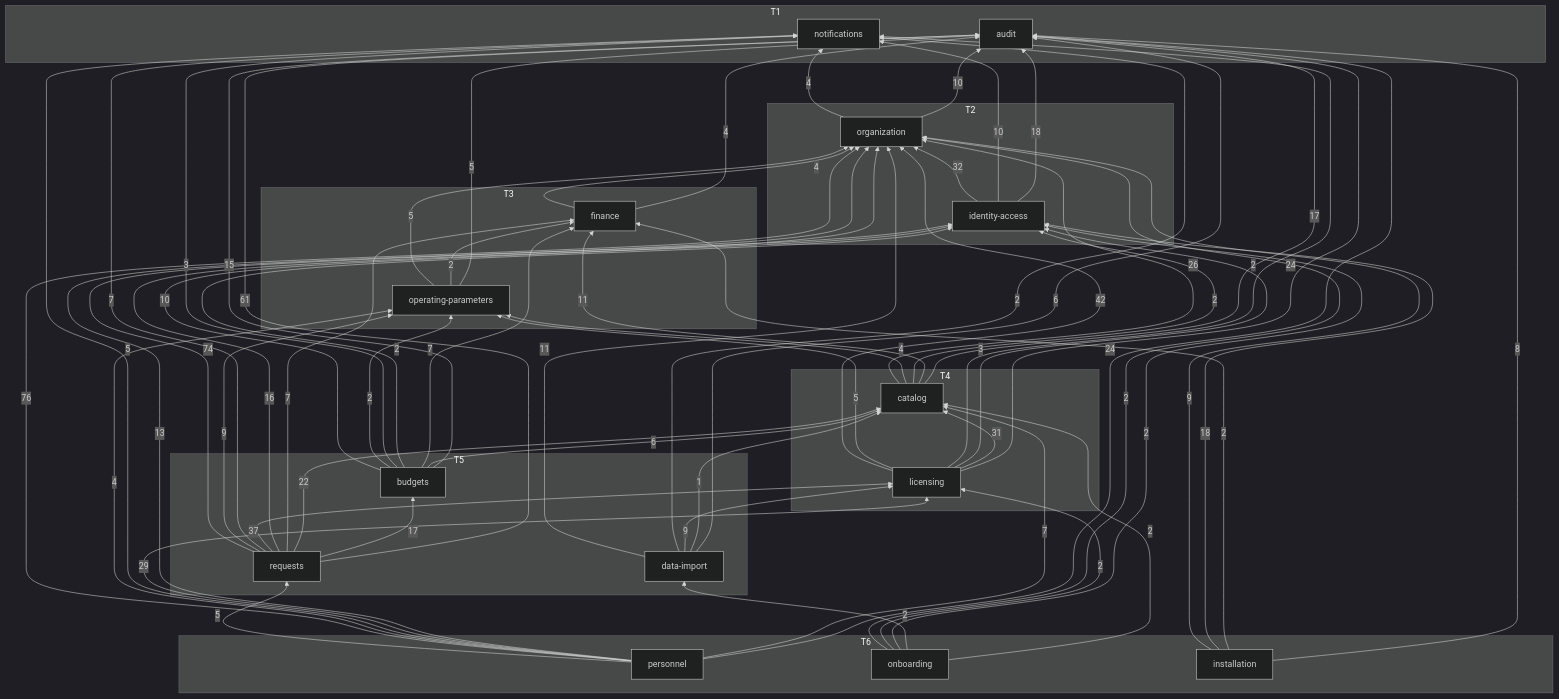
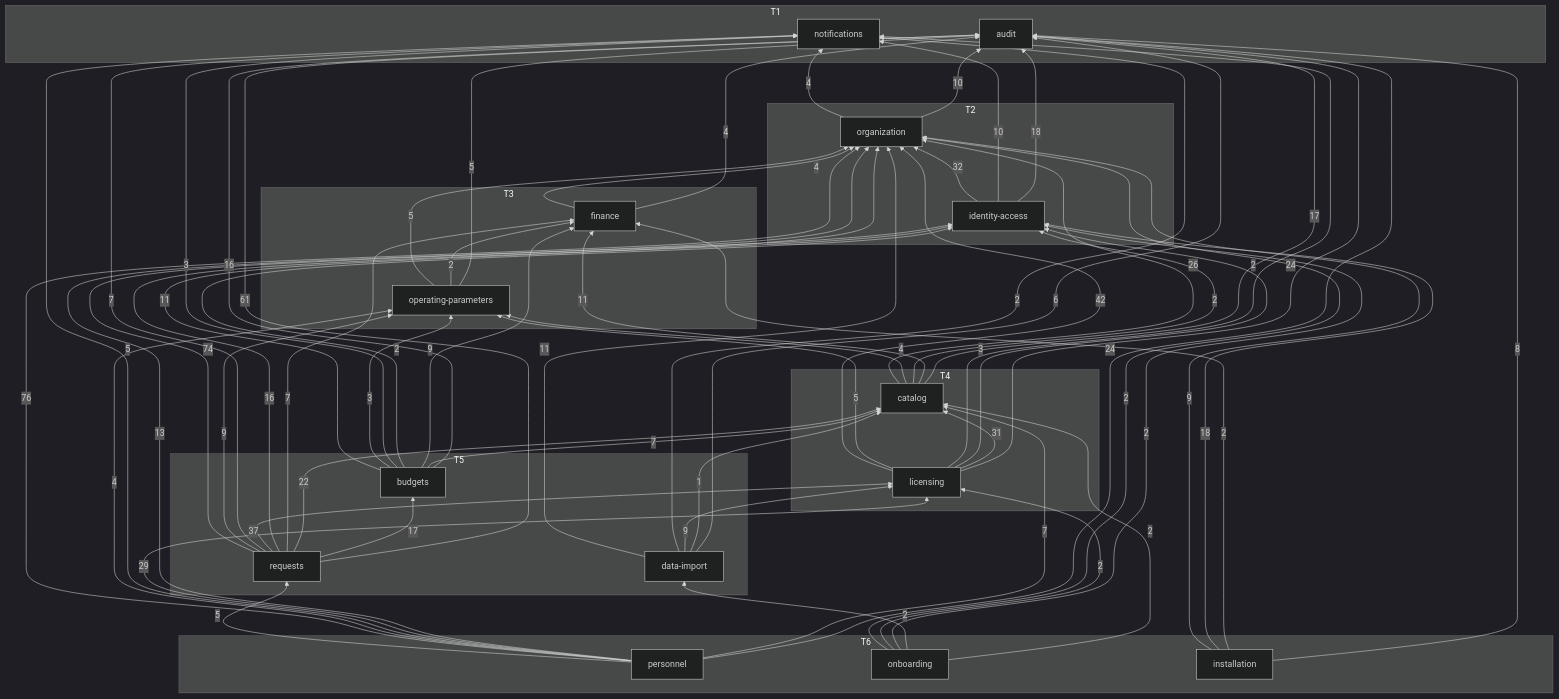
The diagram in docs/generated/module-graph.md (WDP301-FA26-GR8/BE), drawn with Mermaid (dark theme) before and after one commit. The commit also changed 33 other files, not shown here.

```diff
--- a/docs/generated/module-graph.md
+++ b/docs/generated/module-graph.md
@@ -31,13 +31,13 @@
     onboarding["onboarding"]
     installation["installation"]
   end
-  budgets -->|15| audit
-  budgets -->|6| catalog
-  budgets -->|7| finance
+  budgets -->|16| audit
+  budgets -->|7| catalog
+  budgets -->|9| finance
   budgets -->|2| identity_access
   budgets -->|3| notifications
-  budgets -->|2| operating_parameters
-  budgets -->|10| organization
+  budgets -->|3| operating_parameters
+  budgets -->|11| organization
   catalog -->|17| audit
   catalog -->|11| finance
   catalog -->|2| identity_access
```
